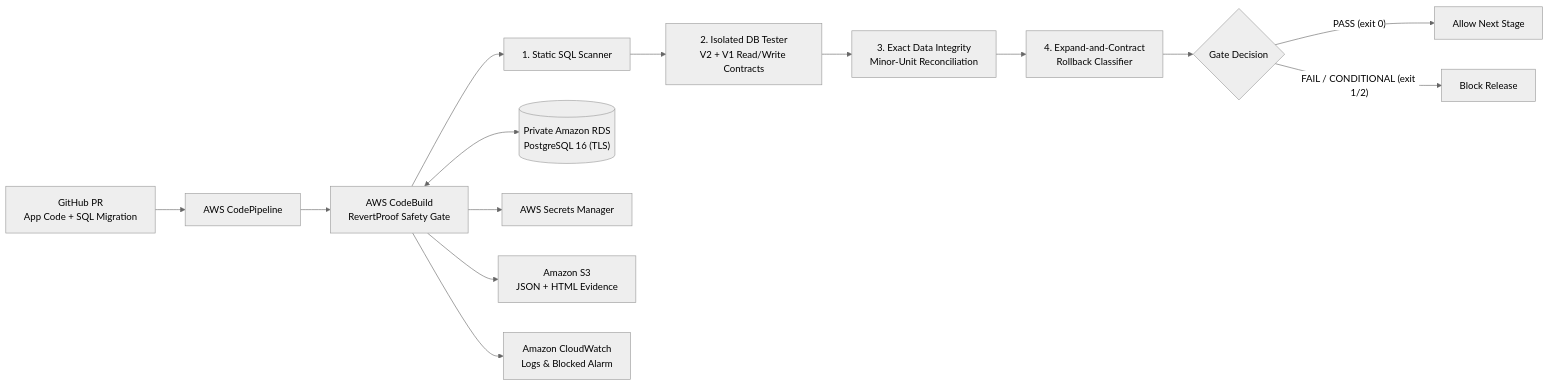
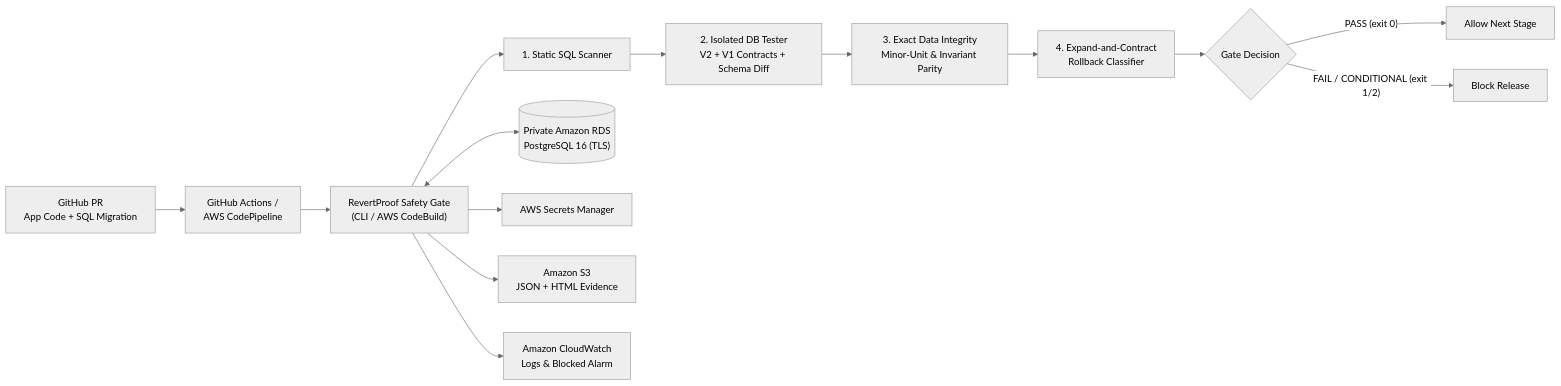
Before and after one commit to ranjeetkumarguptabro-maker/revertproof: the diagram in README.md, drawn with Mermaid (neutral theme). The commit also changed other lines of this file, not shown here.

Commit message:
docs: update README with full homepage, 10-tab workspace, GitHub/CI workflow, and 28-test status

````diff
--- a/README.md
+++ b/README.md
@@ -26,16 +24,16 @@
 ```mermaid
 flowchart LR
-    PR["GitHub PR<br/>App Code + SQL Migration"] --> CP["AWS CodePipeline"]
-    CP --> CB["AWS CodeBuild<br/>RevertProof Safety Gate"]
+    PR["GitHub PR<br/>App Code + SQL Migration"] --> CP["GitHub Actions /<br/>AWS CodePipeline"]
+    CP --> CB["RevertProof Safety Gate<br/>(CLI / AWS CodeBuild)"]
     CB --> M1["1. Static SQL Scanner"]
-    M1 --> M2["2. Isolated DB Tester<br/>V2 + V1 Read/Write Contracts"]
-    M2 --> M3["3. Exact Data Integrity<br/>Minor-Unit Reconciliation"]
+    M1 --> M2["2. Isolated DB Tester<br/>V2 + V1 Contracts + Schema Diff"]
+    M2 --> M3["3. Exact Data Integrity<br/>Minor-Unit & Invariant Parity"]
     M3 --> M4["4. Expand-and-Contract<br/>Rollback Classifier"]
     M4 --> Gate{"Gate Decision"}
     Gate -- "PASS (exit 0)" --> Deploy["Allow Next Stage"]
     Gate -- "FAIL / CONDITIONAL (exit 1/2)" --> Block["Block Release"]
     CB <--> RDS[("Private Amazon RDS<br/>PostgreSQL 16 (TLS)")]
     CB --> SM["AWS Secrets Manager"]
     CB --> S3["Amazon S3<br/>JSON + HTML Evidence"]
     CB --> CW["Amazon CloudWatch<br/>Logs & Blocked Alarm"]
 ```
````
